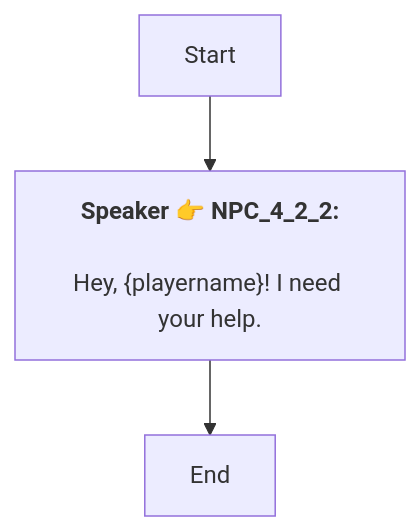
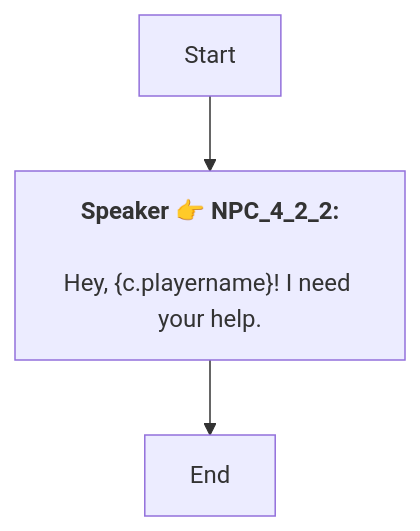
Before and after one commit to SoftHu/tos_avg: the diagram in En/Dialog_55285789526116.md, drawn with Mermaid. The commit also changed 410 other files, not shown here.

````diff
--- a/En/Dialog_55285789526116.md
+++ b/En/Dialog_55285789526116.md
@@ -1,7 +1,7 @@
 ```mermaid
 graph
 Start -->1769145281951776[<b>Speaker 👉 NPC_4_2_2:</b>
-\nHey, &lbrace;playername&rbrace;! I need your help.]
+\nHey, &lbrace;c.playername&rbrace;! I need your help.]
 1769145281951776 -->1769145283281953[End]
 
 ```
````
